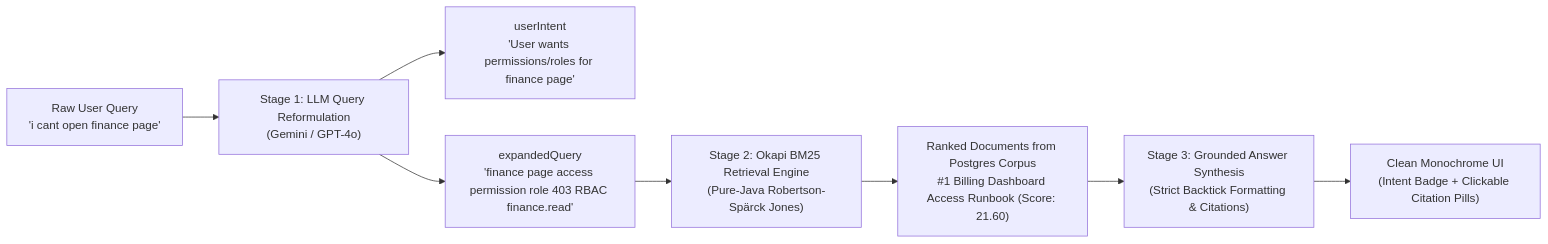
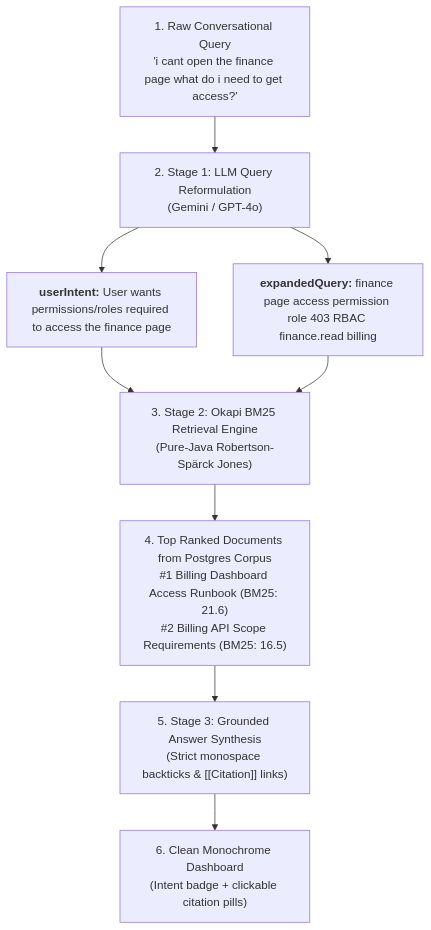
Before and after one commit to gagansingh0805/Velloe: the third of 3 diagrams in README.md, drawn with Mermaid. The commit also changed other lines of this file, not shown here.

Commit message:
docs: clean and fix README diagrams, LaTeX formulas, and detailed feature breakdowns

````diff
--- a/README.md
+++ b/README.md
@@ -127,10 +118,10 @@
 ```mermaid
-flowchart LR
-    A["Raw User Query<br/>'i cant open finance page'"] --> B["Stage 1: LLM Query Reformulation<br/>(Gemini / GPT-4o)"]
-    B --> C["userIntent<br/>'User wants permissions/roles for finance page'"]
-    B --> D["expandedQuery<br/>'finance page access permission role 403 RBAC finance.read'"]
-    D --> E["Stage 2: Okapi BM25 Retrieval Engine<br/>(Pure-Java Robertson-Spärck Jones)"]
-    E --> F["Ranked Documents from Postgres Corpus<br/>#1 Billing Dashboard Access Runbook (Score: 21.60)"]
-    F --> G["Stage 3: Grounded Answer Synthesis<br/>(Strict Backtick Formatting & Citations)"]
-    G --> H["Clean Monochrome UI<br/>(Intent Badge + Clickable Citation Pills)"]
+flowchart TD
+    Q["1. Raw Conversational Query<br/>'i cant open the finance page what do i need to get access?'"] --> R["2. Stage 1: LLM Query Reformulation<br/>(Gemini / GPT-4o)"]
+    R --> I["<b>userIntent:</b> User wants permissions/roles required to access the finance page"]
+    R --> E["<b>expandedQuery:</b> finance page access permission role 403 RBAC finance.read billing"]
+    I & E --> B["3. Stage 2: Okapi BM25 Retrieval Engine<br/>(Pure-Java Robertson-Spärck Jones)"]
+    B --> M["4. Top Ranked Documents from Postgres Corpus<br/>#1 Billing Dashboard Access Runbook (BM25: 21.6)<br/>#2 Billing API Scope Requirements (BM25: 16.5)"]
+    M --> S["5. Stage 3: Grounded Answer Synthesis<br/>(Strict monospace backticks & [[Citation]] links)"]
+    S --> UI["6. Clean Monochrome Dashboard<br/>(Intent badge + clickable citation pills)"]
 ```
````
